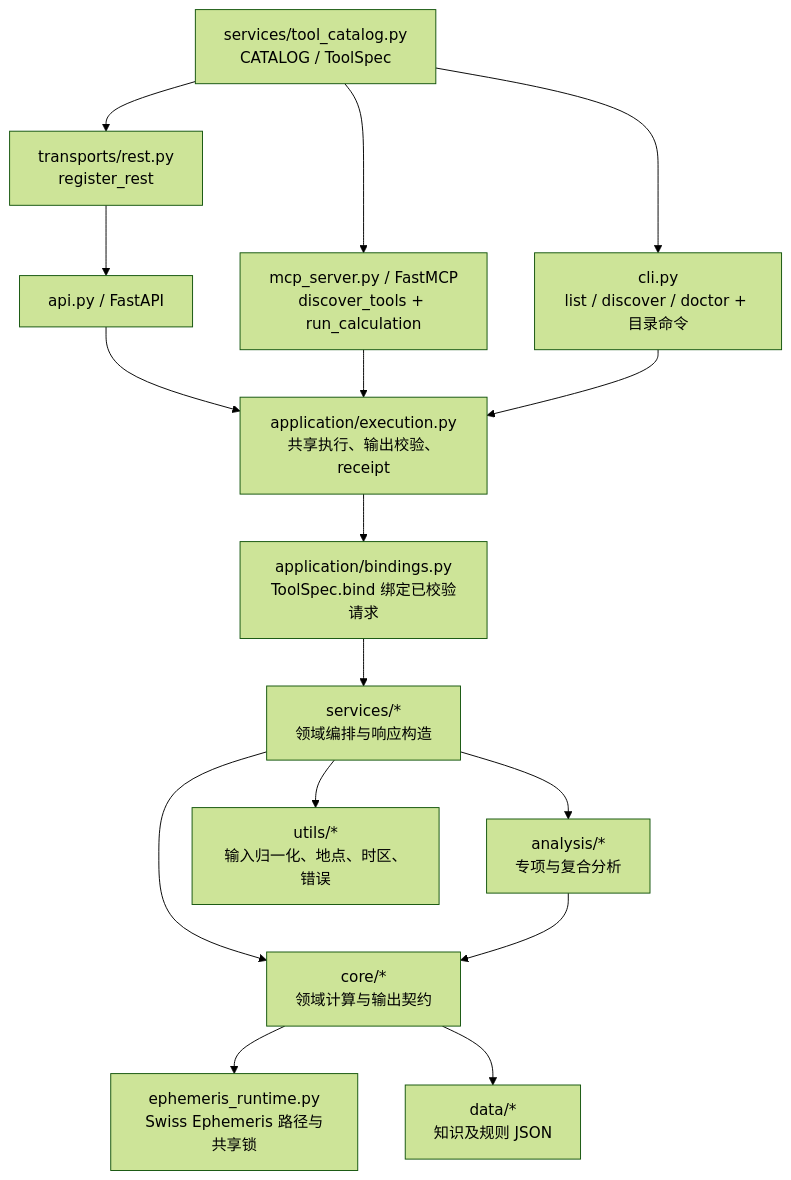
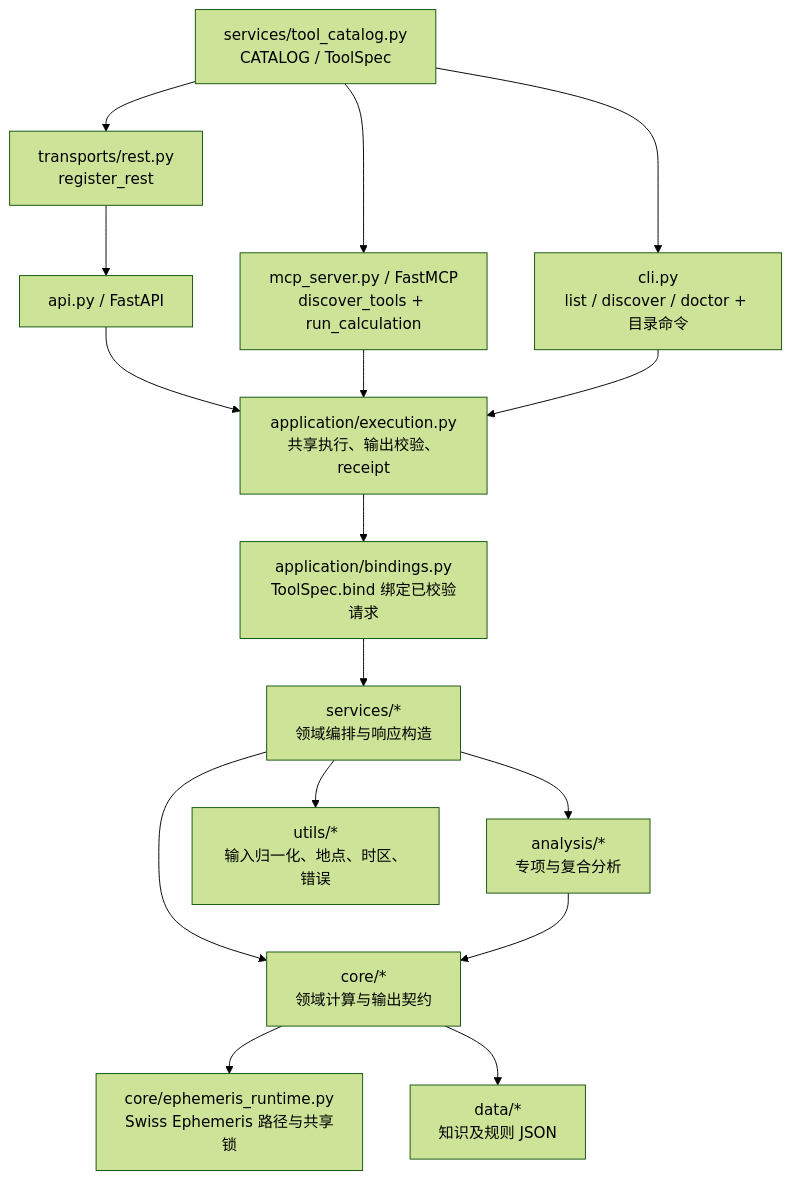
One commit to thomas-yanxin/FateBridge changed the first of 2 diagrams in docs/architecture.md. Above: the diagram before and after it, drawn with Mermaid (forest theme). The commit also changed other lines of this file and 17 other files, not shown here.

````diff
--- a/docs/architecture.md
+++ b/docs/architecture.md
@@ -9,18 +9,18 @@
 ```mermaid
 flowchart TD
     Catalog["services/tool_catalog.py<br/>CATALOG / ToolSpec"] --> Registrar["transports/rest.py<br/>register_rest"]
     Catalog --> CLI["cli.py<br/>list / discover / doctor + 目录命令"]
     Registrar --> REST["api.py / FastAPI"]
     Catalog --> MCP["mcp_server.py / FastMCP<br/>discover_tools + run_calculation"]
     REST --> Execution["application/execution.py<br/>共享执行、输出校验、receipt"]
     MCP --> Execution
     CLI --> Execution
     Execution --> Bind["application/bindings.py<br/>ToolSpec.bind 绑定已校验请求"]
     Bind --> Services["services/*<br/>领域编排与响应构造"]
     Services --> Analysis["analysis/*<br/>专项与复合分析"]
     Services --> Core["core/*<br/>领域计算与输出契约"]
     Services --> Utils["utils/*<br/>输入归一化、地点、时区、错误"]
-    Core --> Ephe["ephemeris_runtime.py<br/>Swiss Ephemeris 路径与共享锁"]
+    Core --> Ephe["core/ephemeris_runtime.py<br/>Swiss Ephemeris 路径与共享锁"]
     Core --> Data["data/*<br/>知识及规则 JSON"]
     Analysis --> Core
 ```
````
